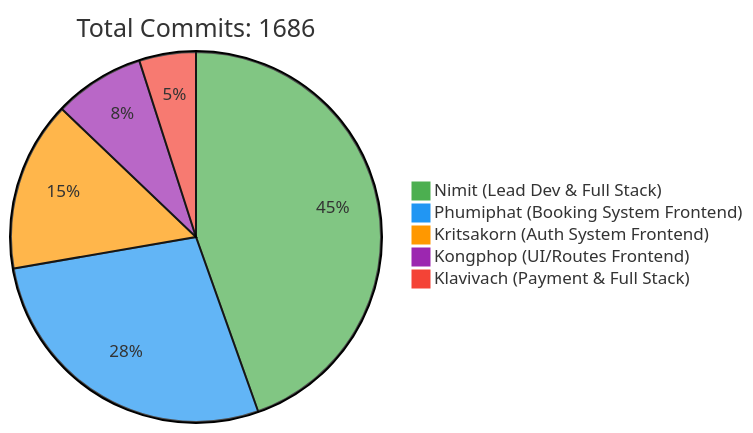
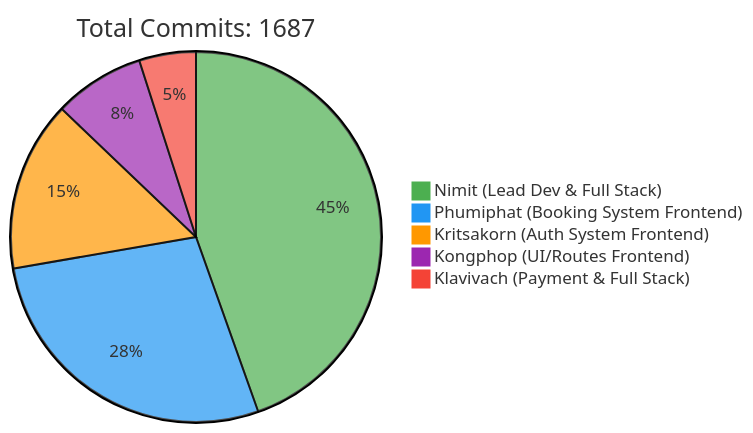
One commit to 6531503042/Sport-Complex changed the first of 2 diagrams in README.md. Above: the diagram before and after it, drawn with Mermaid. The commit also changed other lines of this file, not shown here.

Commit message:
docs: Update contributor statistics [skip ci]

````diff
--- a/README.md
+++ b/README.md
@@ -257,10 +257,10 @@
 ```mermaid
 %%{init: {'theme': 'base', 'themeVariables': { 'pie1': '#4CAF50', 'pie2': '#2196F3', 'pie3': '#FF9800', 'pie4': '#9C27B0', 'pie5': '#F44336'}}}%%
 pie
-    title Total Commits: 1686
+    title Total Commits: 1687
     "Nimit (Lead Dev & Full Stack)" : 450
     "Phumiphat (Booking System Frontend)" : 280
     "Kritsakorn (Auth System Frontend)" : 150
     "Kongphop (UI/Routes Frontend)" : 80
     "Klavivach (Payment & Full Stack)" : 50
 ```
````
